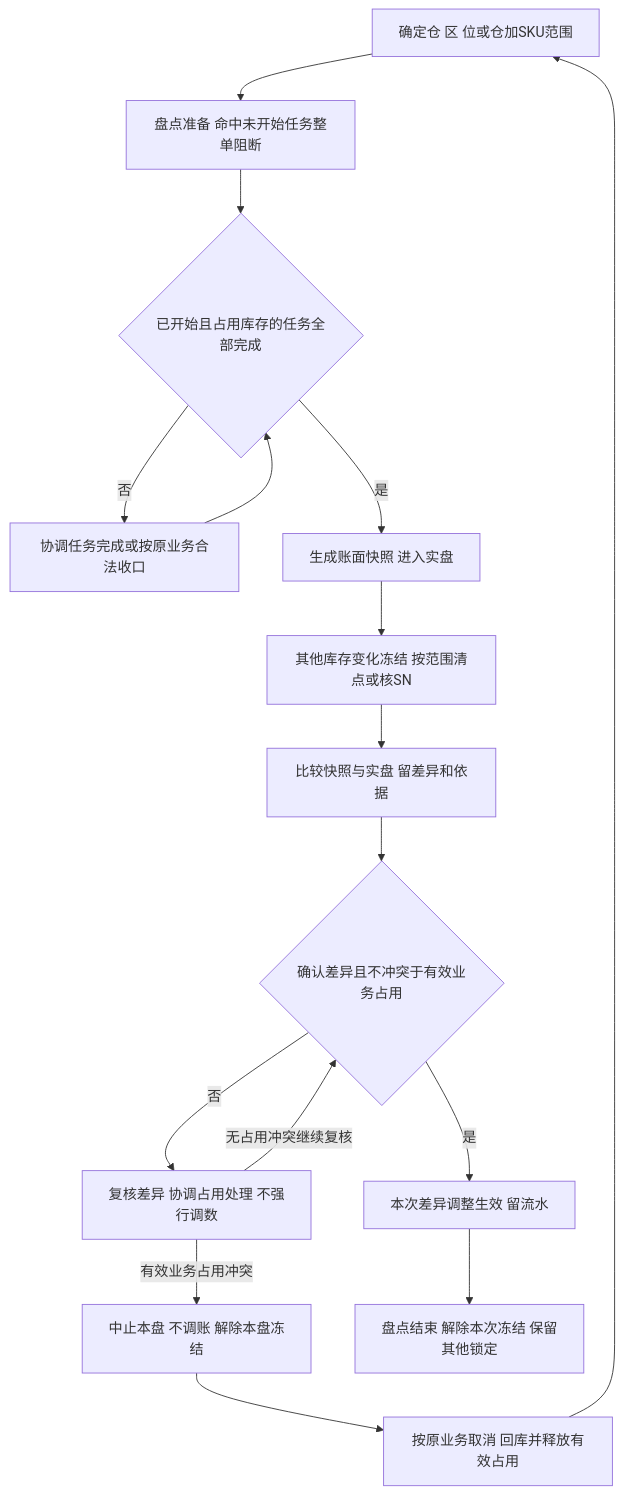
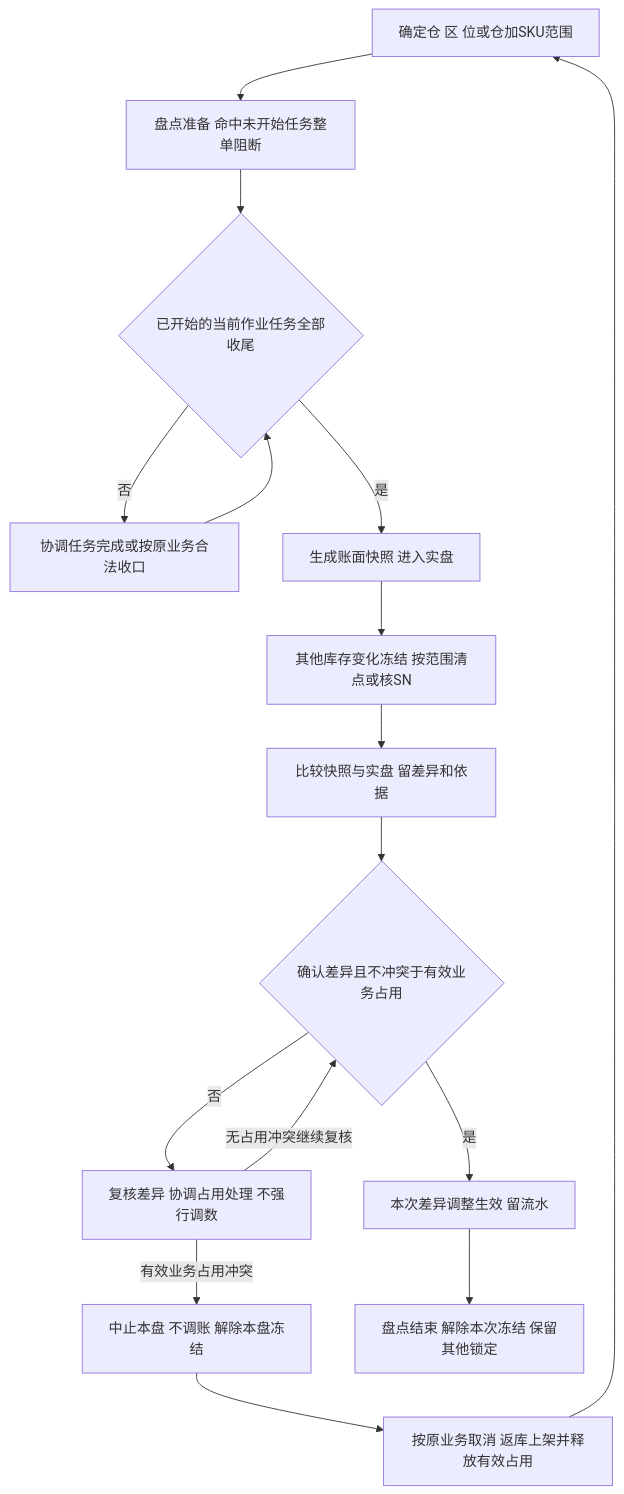
The diagram in 04-业务分析和设计/04-库存与库内业务设计.md (TopVitamin/QS-WMS-Project), drawn with Mermaid before and after one commit. The commit also changed other lines of this file and 82 other files, not shown here.

````diff
--- a/04-业务分析和设计/04-库存与库内业务设计.md
+++ b/04-业务分析和设计/04-库存与库内业务设计.md
@@ -151,18 +162,18 @@
 ```mermaid
 flowchart TD
     A[确定仓 区 位或仓加SKU范围] --> B[盘点准备 命中未开始任务整单阻断]
-    B --> C{已开始且占用库存的任务全部完成}
+    B --> C{已开始的当前作业任务全部收尾}
     C -->|否| D[协调任务完成或按原业务合法收口]
     D --> C
     C -->|是| E[生成账面快照 进入实盘]
     E --> F[其他库存变化冻结 按范围清点或核SN]
     F --> G[比较快照与实盘 留差异和依据]
     G --> H{确认差异且不冲突于有效业务占用}
     H -->|否| I[复核差异 协调占用处理 不强行调数]
     I -->|无占用冲突继续复核| H
     I -->|有效业务占用冲突| L[中止本盘 不调账 解除本盘冻结]
-    L --> M[按原业务取消 回库并释放有效占用]
+    L --> M[按原业务取消 返库上架并释放有效占用]
     M --> A
     H -->|是| J[本次差异调整生效 留流水]
     J --> K[盘点结束 解除本次冻结 保留其他锁定]
 ```
````
